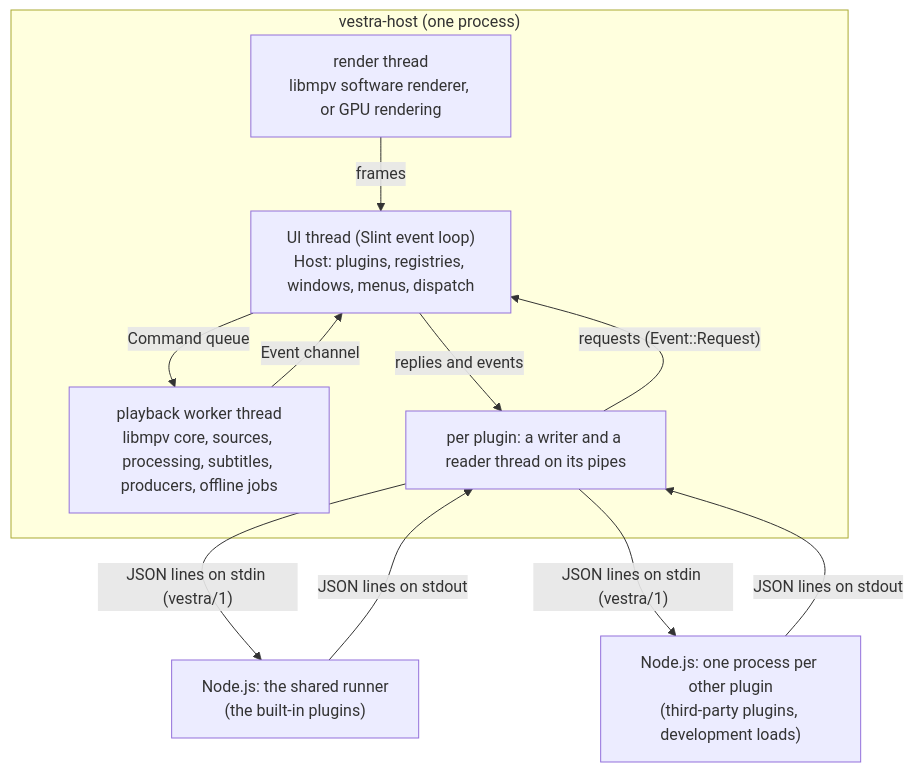
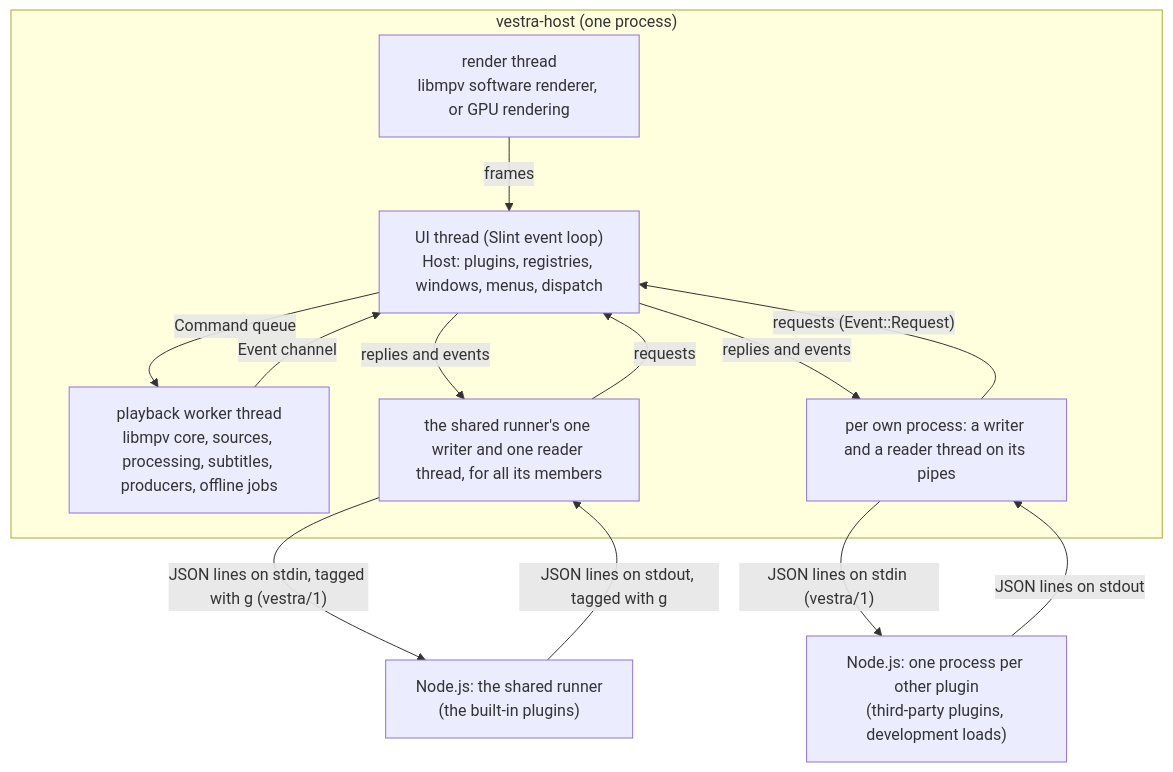
Before and after one commit to vestrasys/vestra-player-sdk: the diagram in docs/explanation/architecture.md, drawn with Mermaid. The commit also changed other lines of this file and 13 other files, not shown here.

First line of the commit message:
Docs: remaining diagrams in Mermaid; shared-runner threads; guideline numbers rule exceptions; GPU rendering on Windows described as it is

````diff
--- a/docs/explanation/architecture.md
+++ b/docs/explanation/architecture.md
@@ -14,20 +14,23 @@
 ```mermaid
 flowchart TB
     subgraph HOST["vestra-host (one process)"]
         UI["UI thread (Slint event loop)<br/>Host: plugins, registries, windows, menus, dispatch"]
         PW["playback worker thread<br/>libmpv core, sources, processing, subtitles, producers, offline jobs"]
         RT["render thread<br/>libmpv software renderer, or GPU rendering"]
-        IO["per plugin: a writer and a reader thread on its pipes"]
+        IOS["the shared runner's one writer and one reader thread, for all its members"]
+        IOO["per own process: a writer and a reader thread on its pipes"]
     end
     SR["Node.js: the shared runner<br/>(the built-in plugins)"]
     OWN["Node.js: one process per other plugin<br/>(third-party plugins, development loads)"]
     UI -- "Command queue" --> PW
     PW -- "Event channel" --> UI
     RT -- "frames" --> UI
-    UI -- "replies and events" --> IO
-    IO -- "requests (Event::Request)" --> UI
-    IO -- "JSON lines on stdin (vestra/1)" --> SR
-    SR -- "JSON lines on stdout" --> IO
-    IO -- "JSON lines on stdin (vestra/1)" --> OWN
-    OWN -- "JSON lines on stdout" --> IO
+    UI -- "replies and events" --> IOS
+    IOS -- "requests" --> UI
+    UI -- "replies and events" --> IOO
+    IOO -- "requests (Event::Request)" --> UI
+    IOS -- "JSON lines on stdin, tagged with g (vestra/1)" --> SR
+    SR -- "JSON lines on stdout, tagged with g" --> IOS
+    IOO -- "JSON lines on stdin (vestra/1)" --> OWN
+    OWN -- "JSON lines on stdout" --> IOO
 ```
````
